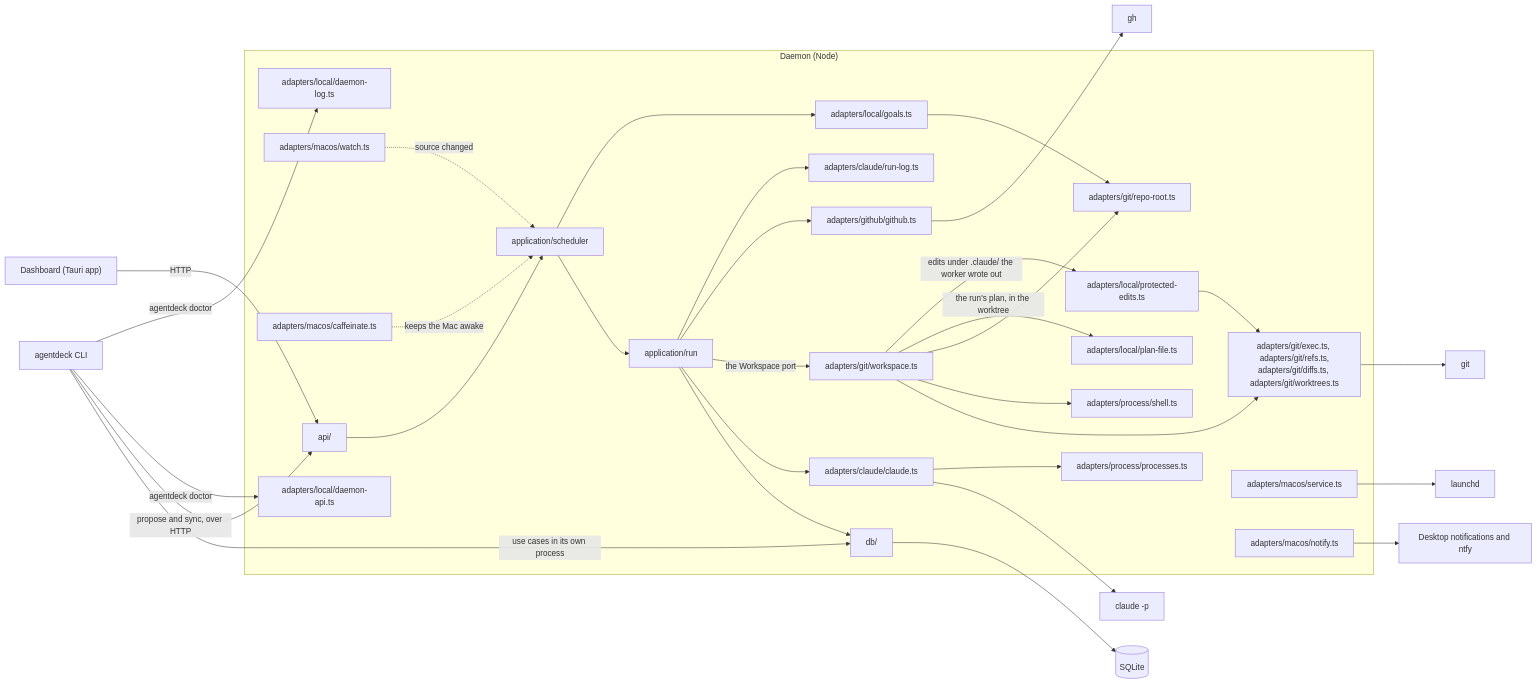
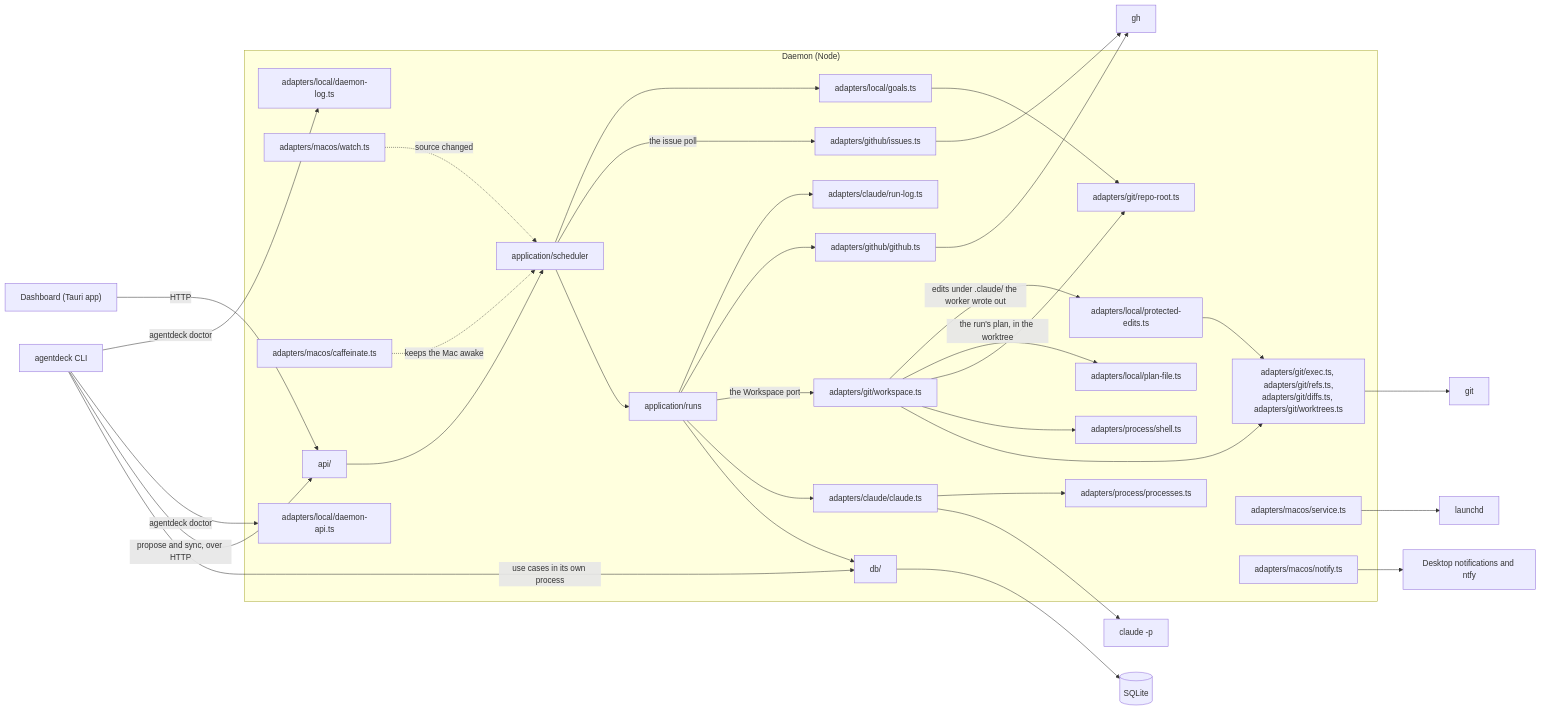
Before and after one commit to tomrobdev/agentdeck: the second of 3 diagrams in docs/architecture.md, drawn with Mermaid. The commit also changed other lines of this file and 1 other file, not shown here.

Commit message:
The system context names the issues adapter, and its check reads the adapter folders
The check listed only adapters/ itself, which holds folders, so it checked
nothing and missed adapters/github/issues.ts. Also application/runs, not
application/run, and ADR 0007 in the list.

````diff
--- a/docs/architecture.md
+++ b/docs/architecture.md
@@ -52,56 +52,58 @@
 ```mermaid
 flowchart LR
   dashboard["Dashboard (Tauri app)"]
   cli["agentdeck CLI"]
   subgraph daemon["Daemon (Node)"]
     api["api/"]
     scheduler["application/scheduler"]
-    worker["application/run"]
+    worker["application/runs"]
     db["db/"]
     claude["adapters/claude/claude.ts"]
     workspace["adapters/git/workspace.ts"]
     git["adapters/git/exec.ts, adapters/git/refs.ts,<br/>adapters/git/diffs.ts, adapters/git/worktrees.ts"]
     github["adapters/github/github.ts"]
+    issues["adapters/github/issues.ts"]
     service["adapters/macos/service.ts"]
     notify["adapters/macos/notify.ts"]
     processes["adapters/process/processes.ts"]
     shell["adapters/process/shell.ts"]
     runlog["adapters/claude/run-log.ts"]
     planfile["adapters/local/plan-file.ts"]
     protectededits["adapters/local/protected-edits.ts"]
     goals["adapters/local/goals.ts"]
     reporoot["adapters/git/repo-root.ts"]
     watch["adapters/macos/watch.ts"]
     caffeinate["adapters/macos/caffeinate.ts"]
     daemonapi["adapters/local/daemon-api.ts"]
     daemonlog["adapters/local/daemon-log.ts"]
   end
   sqlite[("SQLite")]
   claudecli["claude -p"]
   gitbin["git"]
   ghbin["gh"]
   launchd["launchd"]
   notifications["Desktop notifications and ntfy"]
   dashboard -- HTTP --> api
   cli -- "use cases in its own process" --> db
   cli -- "propose and sync, over HTTP" --> api
   api --> scheduler
   scheduler --> worker
   worker --> db
   db --> sqlite
   worker --> claude --> claudecli
   worker -- "the Workspace port" --> workspace --> git --> gitbin
   worker --> github --> ghbin
+  scheduler -- "the issue poll" --> issues --> ghbin
   workspace --> shell & reporoot
   claude --> processes
   worker --> runlog
   workspace -- "the run's plan, in the worktree" --> planfile
   workspace -- "edits under .claude/ the worker wrote out" --> protectededits --> git
   scheduler --> goals
   goals --> reporoot
   service --> launchd
   notify --> notifications
   watch -. "source changed" .-> scheduler
   caffeinate -. "keeps the Mac awake" .-> scheduler
   cli -- "agentdeck doctor" --> daemonapi & daemonlog
 ```
````
